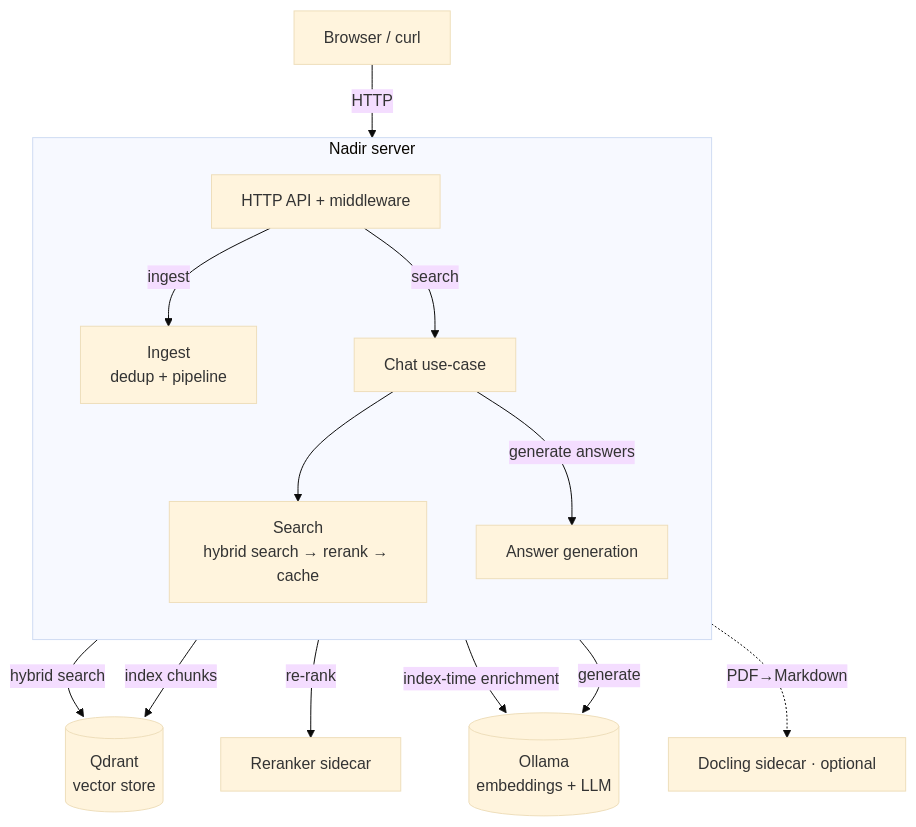
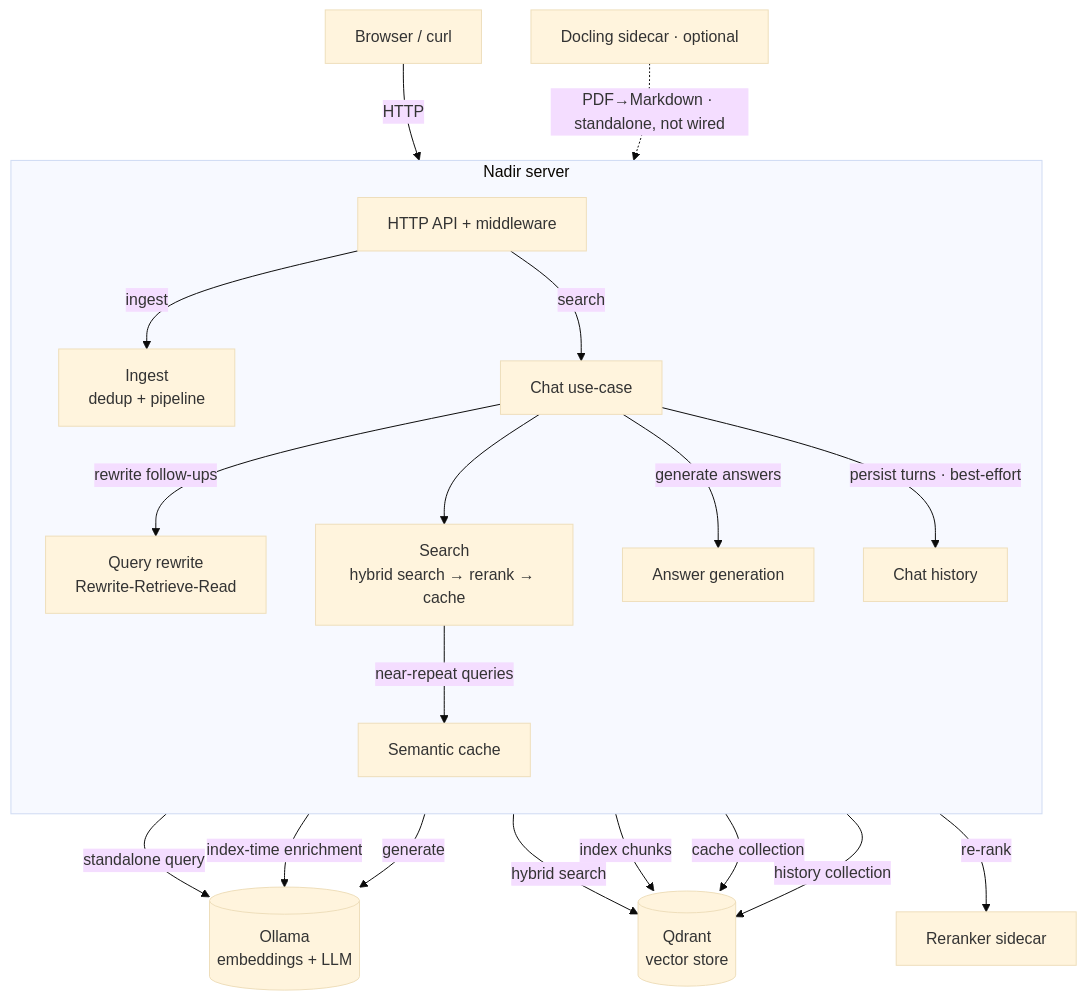
The first of 2 diagrams in docs/architecture.md (Chandra179/nadir), drawn with Mermaid (base theme) before and after one commit. The commit also changed other lines of this file and 8 other files, not shown here.

````diff
--- a/docs/architecture.md
+++ b/docs/architecture.md
@@ -10,29 +10,38 @@
 ```mermaid
 flowchart TB
     Client[Browser / curl]
     Ollama[("Ollama<br/>embeddings + LLM")]
     Qdrant[("Qdrant<br/>vector store")]
     RerankerSvc["Reranker sidecar"]
     DoclingSvc["Docling sidecar · optional"]
 
     subgraph Nadir["Nadir server"]
         direction TB
         API["HTTP API + middleware"]
         CHAT["Chat use-case"]
+        REWRITE["Query rewrite<br/>Rewrite-Retrieve-Read"]
         SEARCH["Search<br/>hybrid search → rerank → cache"]
+        CACHE["Semantic cache"]
         INGEST["Ingest<br/>dedup + pipeline"]
         GEN["Answer generation"]
+        HIST["Chat history"]
     end
 
     Client -->|HTTP| API
     API -->|ingest| INGEST
     API -->|search| CHAT
+    CHAT -->|rewrite follow-ups| REWRITE
+    REWRITE -->|standalone query| Ollama
     CHAT --> SEARCH
     CHAT -->|generate answers| GEN
+    CHAT -->|persist turns · best-effort| HIST
     SEARCH -->|hybrid search| Qdrant
+    SEARCH -->|near-repeat queries| CACHE
     SEARCH -->|re-rank| RerankerSvc
     INGEST -->|index chunks| Qdrant
     INGEST -->|index-time enrichment| Ollama
     GEN -->|generate| Ollama
-    API -.->|PDF→Markdown| DoclingSvc
+    CACHE -->|cache collection| Qdrant
+    HIST -->|history collection| Qdrant
+    DoclingSvc -.->|PDF→Markdown · standalone, not wired| INGEST
 ```
````
